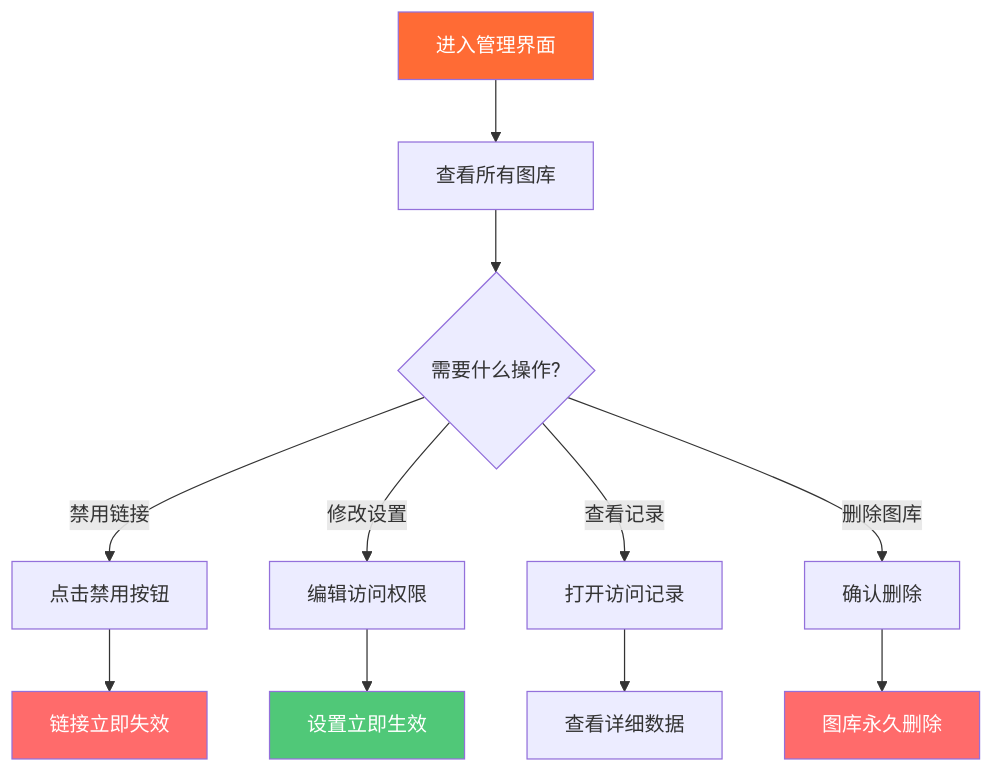
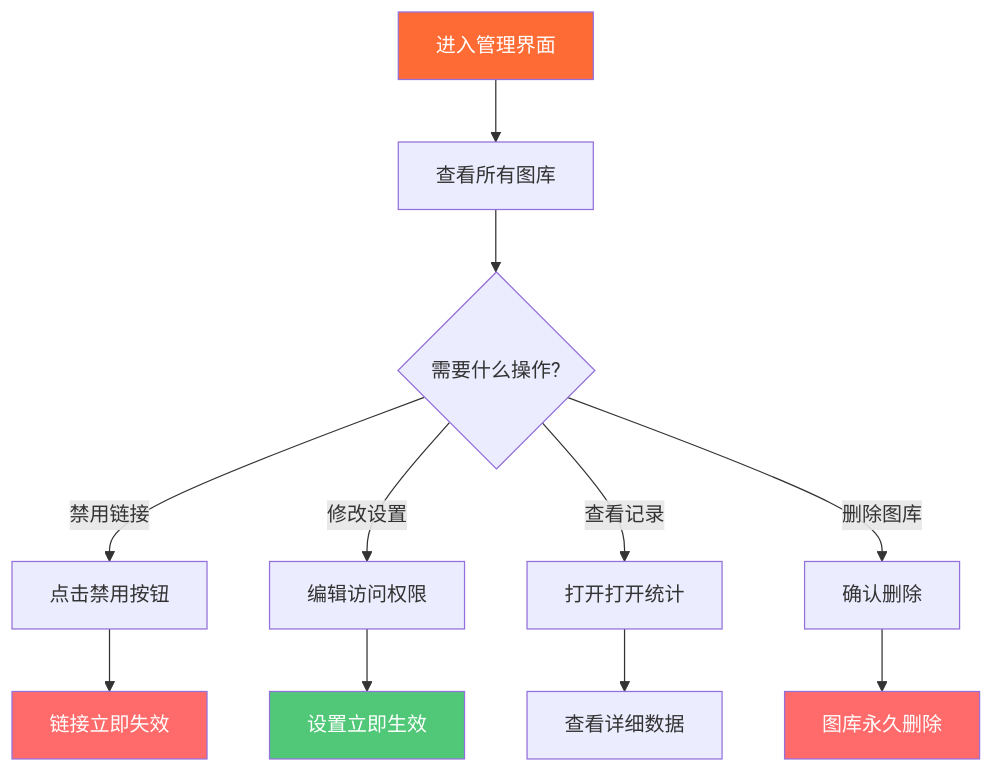
The seventh of 12 diagrams in src/content/blog/cn/image-sharing-introduction.md (mythenigma/cloudflareAstro), drawn with Mermaid before and after one commit. The commit also changed other lines of this file and 353 other files, not shown here.

````diff
--- a/src/content/blog/cn/image-sharing-introduction.md
+++ b/src/content/blog/cn/image-sharing-introduction.md
@@ -227,18 +227,18 @@
 ```mermaid
 flowchart TD
     A[进入管理界面] --> B[查看所有图库]
     B --> C{需要什么操作?}
     C -->|禁用链接| D[点击禁用按钮]
     C -->|修改设置| E[编辑访问权限]
-    C -->|查看记录| F[打开访问记录]
+    C -->|查看记录| F[打开打开统计]
     C -->|删除图库| G[确认删除]
     D --> H[链接立即失效]
     E --> I[设置立即生效]
     F --> J[查看详细数据]
     G --> K[图库永久删除]
     
     style A fill:#FF6B35,color:#fff
     style H fill:#FF6B6B,color:#fff
     style I fill:#50C878,color:#fff
     style K fill:#FF6B6B,color:#fff
 ```
````
